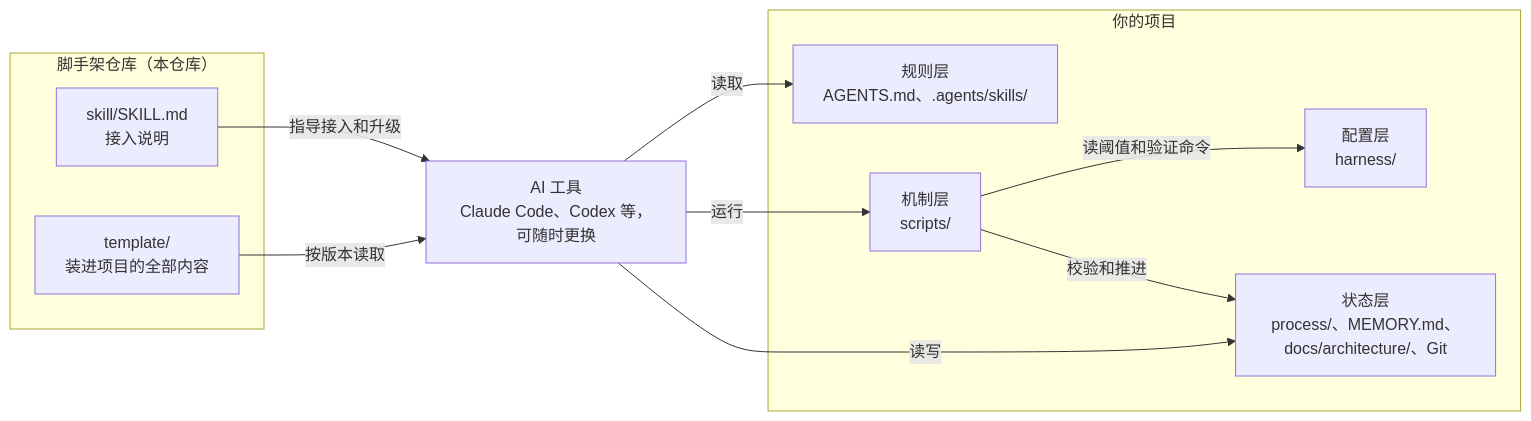
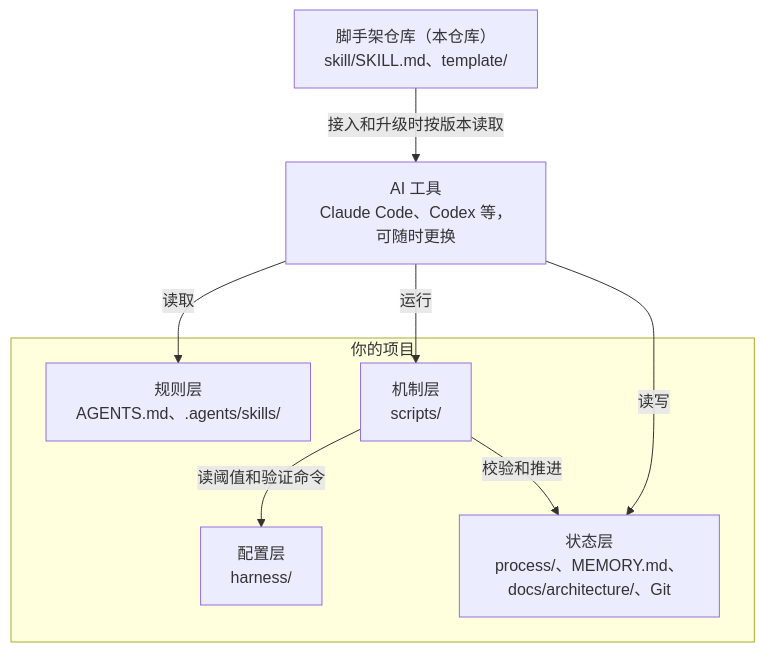
Before and after one commit to Alan-IFT/ai-harness-scaffold: the second of 2 diagrams in README.md, drawn with Mermaid. The commit also changed 1 other file, not shown here.

Commit message:
docs: stack the README architecture diagram in layers

````diff
--- a/README.md
+++ b/README.md
@@ -134,24 +134,20 @@
 ```mermaid
-flowchart LR
-    subgraph SC["脚手架仓库（本仓库）"]
-        SK["skill/SKILL.md<br/>接入说明"]
-        T["template/<br/>装进项目的全部内容"]
-    end
+flowchart TB
+    SC["脚手架仓库（本仓库）<br/>skill/SKILL.md、template/"]
 
     H["AI 工具<br/>Claude Code、Codex 等，可随时更换"]
 
     subgraph P["你的项目"]
         L1["规则层<br/>AGENTS.md、.agents/skills/"]
         L2["机制层<br/>scripts/"]
         L3["配置层<br/>harness/"]
         L4["状态层<br/>process/、MEMORY.md、docs/architecture/、Git"]
     end
 
-    SK -- 指导接入和升级 --> H
-    T -- 按版本读取 --> H
+    SC -- 接入和升级时按版本读取 --> H
     H -- 读取 --> L1
     H -- 运行 --> L2
     H -- 读写 --> L4
     L2 -- 读阈值和验证命令 --> L3
     L2 -- 校验和推进 --> L4
 ```
````
